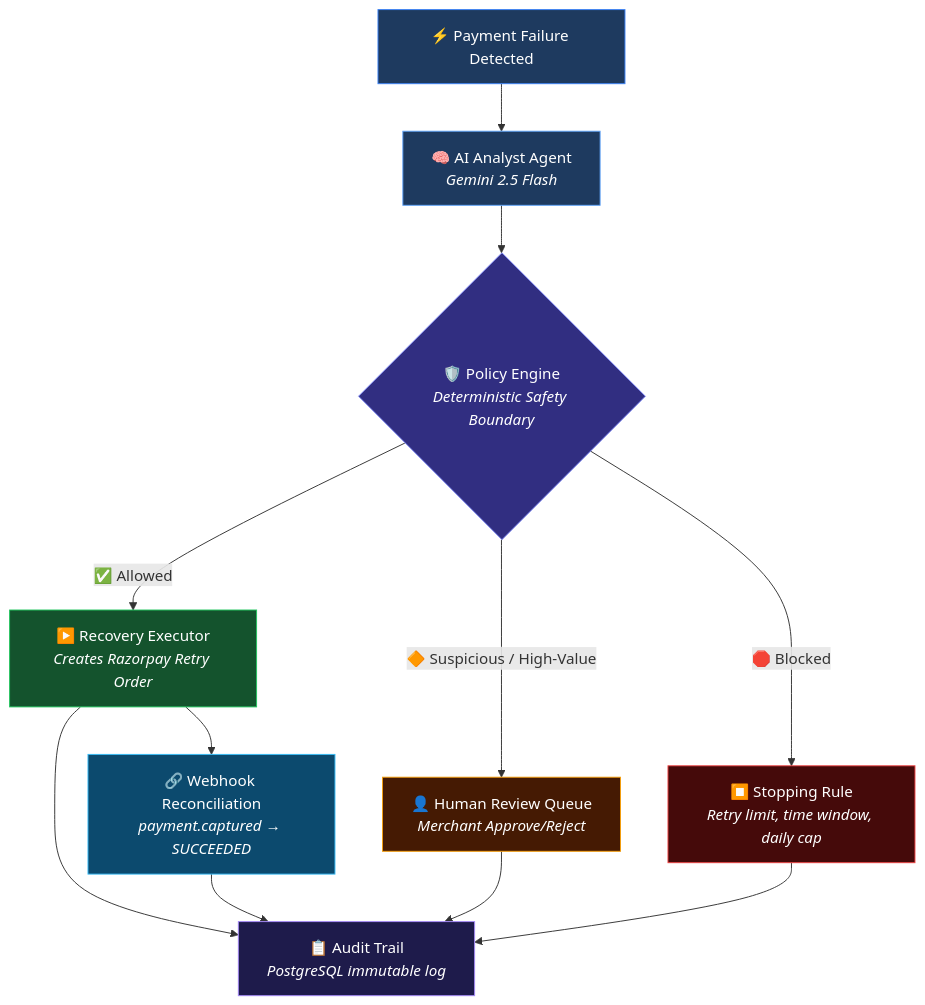
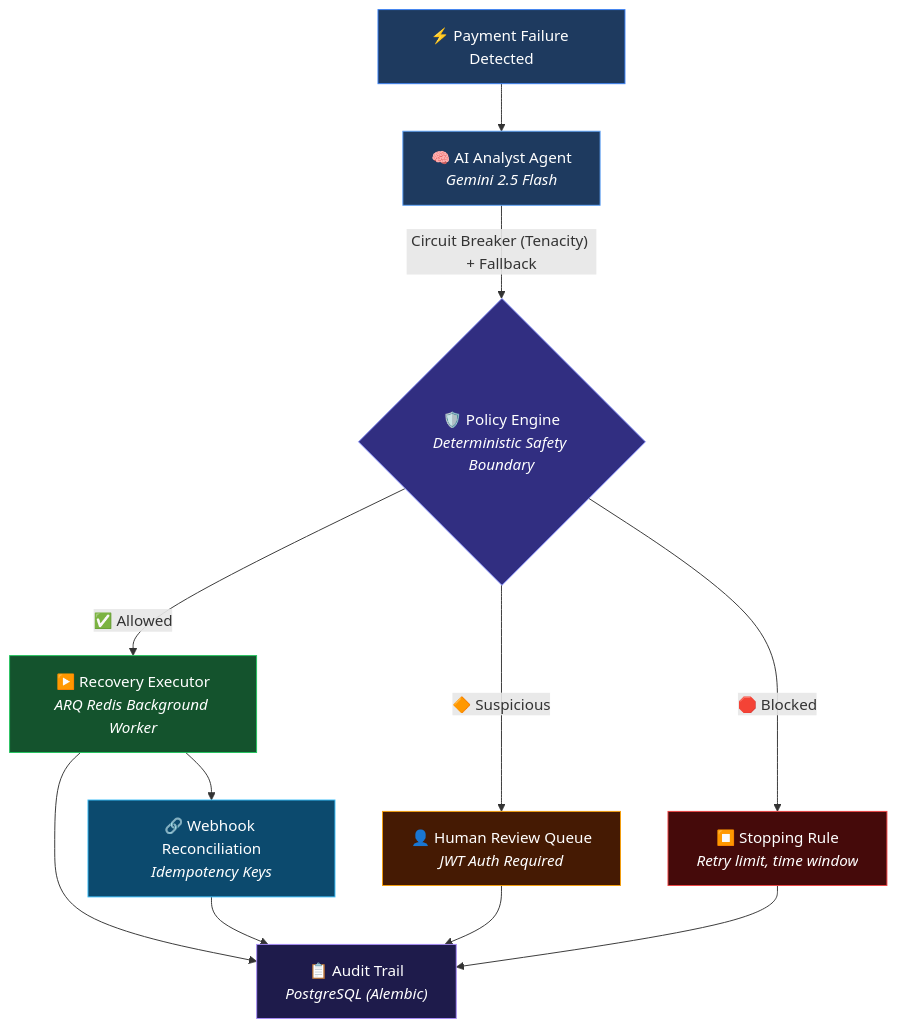
One commit to himanshusinghhls/razorpay-recovery-os changed the diagram in README.md. Above: the diagram before and after it, drawn with Mermaid. The commit also changed other lines of this file and 8 other files, not shown here.

Commit message:
docs: Update README with enterprise architecture, benchmark metrics, and Alembic migrations

````diff
--- a/README.md
+++ b/README.md
@@ -11,22 +11,22 @@
 ```mermaid
 flowchart TB
     A["⚡ Payment Failure Detected"] --> B["🧠 AI Analyst Agent<br/><i>Gemini 2.5 Flash</i>"]
-    B --> C{"🛡️ Policy Engine<br/><i>Deterministic Safety Boundary</i>"}
-    C -->|"✅ Allowed"| D["▶️ Recovery Executor<br/><i>Creates Razorpay Retry Order</i>"]
-    C -->|"🔶 Suspicious / High-Value"| E["👤 Human Review Queue<br/><i>Merchant Approve/Reject</i>"]
-    C -->|"🛑 Blocked"| F["⏹️ Stopping Rule<br/><i>Retry limit, time window, daily cap</i>"]
-    D --> G["📋 Audit Trail<br/><i>PostgreSQL immutable log</i>"]
+    B -- "Circuit Breaker (Tenacity) + Fallback" --> C{"🛡️ Policy Engine<br/><i>Deterministic Safety Boundary</i>"}
+    C -->|"✅ Allowed"| D["▶️ Recovery Executor<br/><i>ARQ Redis Background Worker</i>"]
+    C -->|"🔶 Suspicious"| E["👤 Human Review Queue<br/><i>JWT Auth Required</i>"]
+    C -->|"🛑 Blocked"| F["⏹️ Stopping Rule<br/><i>Retry limit, time window</i>"]
+    D --> G["📋 Audit Trail<br/><i>PostgreSQL (Alembic)</i>"]
     E --> G
     F --> G
-    D --> H["🔗 Webhook Reconciliation<br/><i>payment.captured → SUCCEEDED</i>"]
+    D --> H["🔗 Webhook Reconciliation<br/><i>Idempotency Keys</i>"]
     H --> G
 
     style A fill:#1e3a5f,stroke:#3b82f6,color:#fff
     style B fill:#1e3a5f,stroke:#60a5fa,color:#fff
     style C fill:#312e81,stroke:#818cf8,color:#fff
     style D fill:#14532d,stroke:#22c55e,color:#fff
     style E fill:#451a03,stroke:#f59e0b,color:#fff
     style F fill:#450a0a,stroke:#ef4444,color:#fff
     style G fill:#1e1b4b,stroke:#a78bfa,color:#fff
     style H fill:#0c4a6e,stroke:#38bdf8,color:#fff
 ```
````
